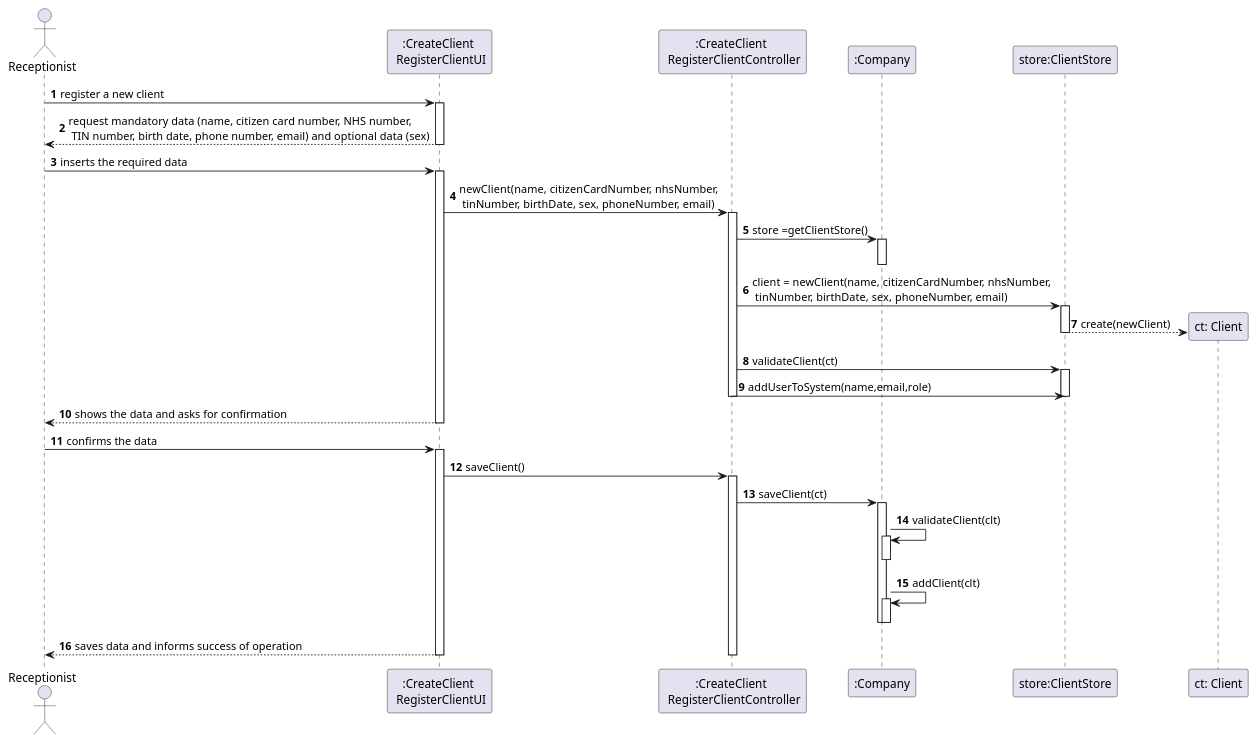
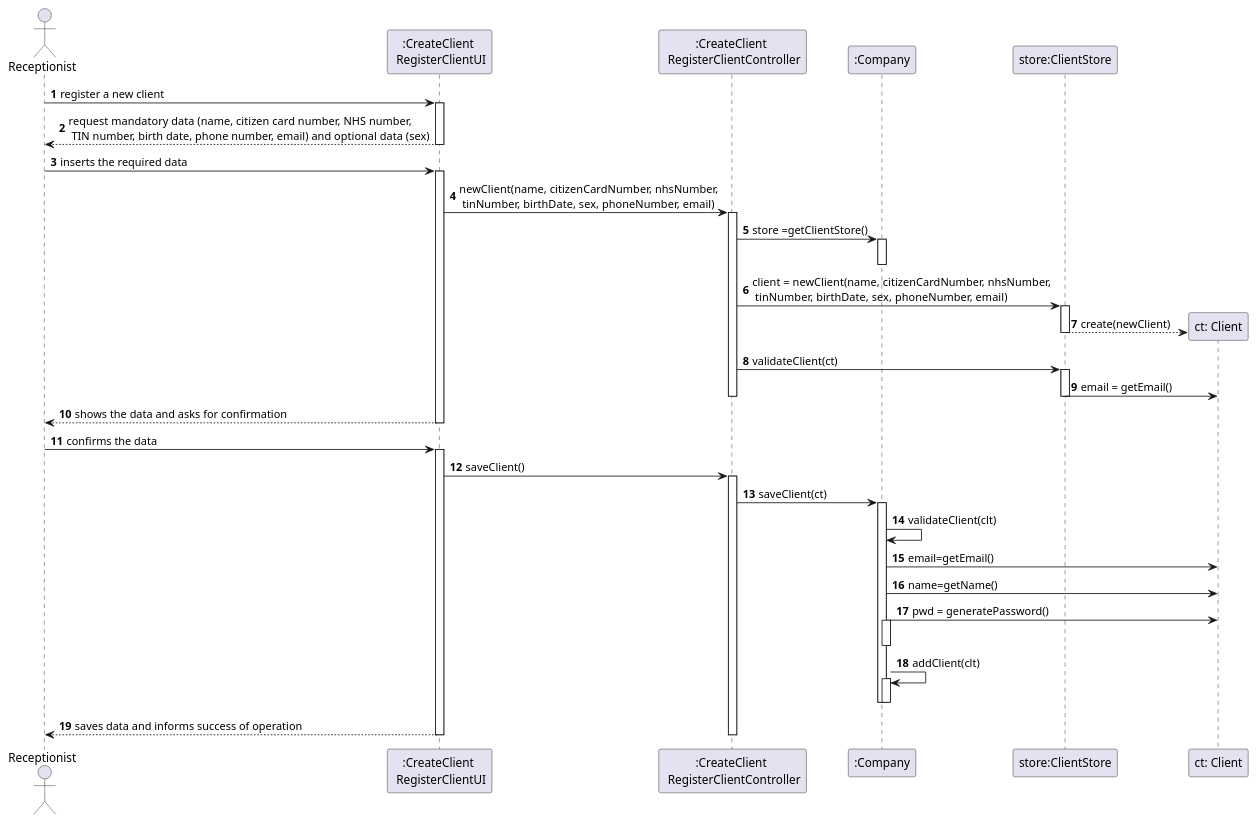
One commit to GuilhermeCunha79/lapr2 changed the diagram in docs/SprintB/US3/UC03_SD.puml. Above: the diagram before and after it, drawn with PlantUML. The commit also changed 9 other files, not shown here.

```diff
--- a/docs/SprintB/US3/UC03_SD.puml
+++ b/docs/SprintB/US3/UC03_SD.puml
@@ -1,69 +1,72 @@
 @startuml
 autonumber
 'hide footbox
 actor "Receptionist" as RECEP
 
 participant ":CreateClient \n RegisterClientUI" as UI
 participant ":CreateClient \n RegisterClientController" as CTRL
 participant ":Company" as C
 participant "store:ClientStore" as CS
 participant "ct: Client" as CL
 
 
 RECEP -> UI : register a new client
 activate UI
     UI --> RECEP : request mandatory data (name, citizen card number, NHS number,\n TIN number, birth date, phone number, email) and optional data (sex)
 deactivate UI
 
 RECEP -> UI : inserts the required data
 activate UI
     UI -> CTRL : newClient(name, citizenCardNumber, nhsNumber,\n tinNumber, birthDate, sex, phoneNumber, email)
 
 activate CTRL
 
         CTRL -> C: store =getClientStore()
         activate C
         deactivate C
 
         CTRL -> CS: client = newClient(name, citizenCardNumber, nhsNumber,\n tinNumber, birthDate, sex, phoneNumber, email)
 
         activate CS
         CS --> CL** : create(newClient)
         deactivate CS
 
         CTRL -> CS : validateClient(ct)
 
         activate CS
+        CS -> CL : email = getEmail()
 
-        CTRL -> CS : addUserToSystem(name,email,role)
 
         deactivate CS
 
     deactivate CTRL
     UI --> RECEP : shows the data and asks for confirmation
 deactivate UI
 RECEP -> UI : confirms the data
 activate UI
 
     UI -> CTRL : saveClient()
 
 activate CTRL
     CTRL -> C : saveClient(ct)
 
 activate C
 
     C -> C : validateClient(clt)
+    C -> CL : email=getEmail()
+    C -> CL : name=getName()
+    C -> CL : pwd = generatePassword()
     activate C
     deactivate C
     C -> C : addClient(clt)
     activate C
     deactivate C
     deactivate C
 
 
 UI --> RECEP : saves data and informs success of operation
 deactivate C
 deactivate UI
 deactivate CTRL
 
 @enduml
```
